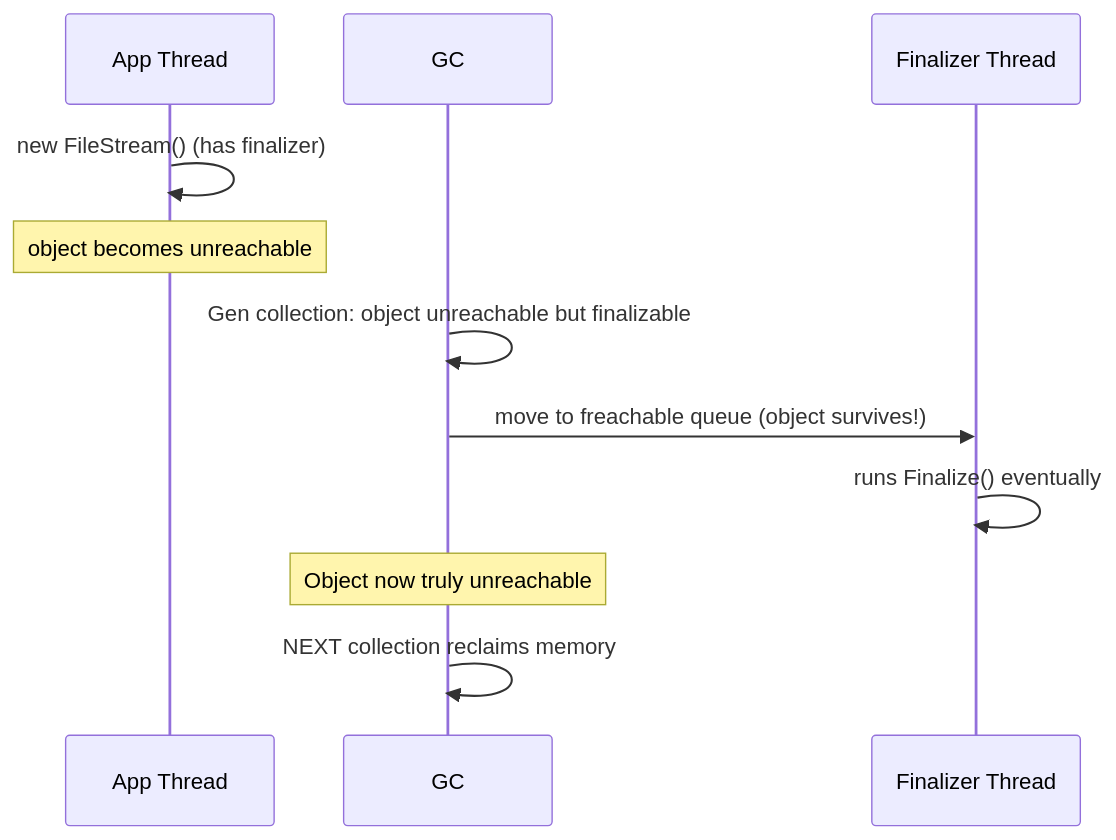
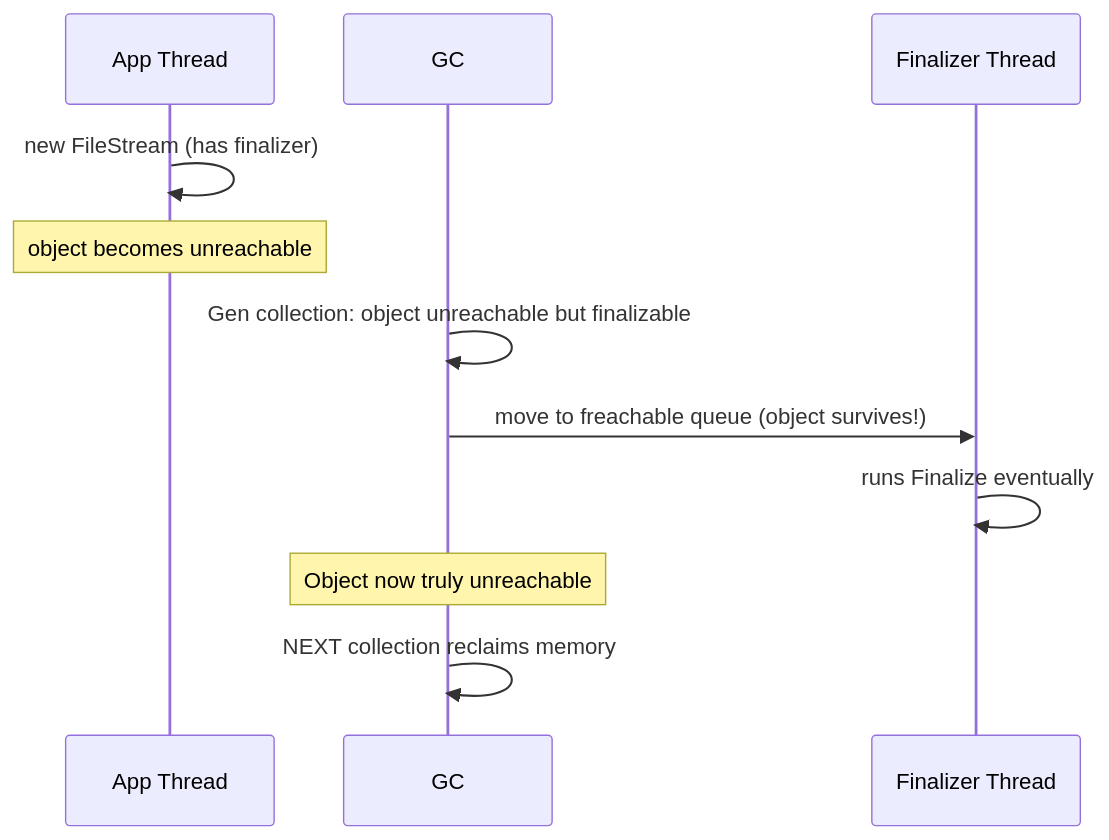
Before and after one commit to umashankarp/InterviewQuestions: the third of 6 diagrams in 01-CSharp/01-CLR-JIT-GC-Memory-Management.md, drawn with Mermaid. The commit also changed other lines of this file and 173 other files, not shown here.

````diff
--- a/01-CSharp/01-CLR-JIT-GC-Memory-Management.md
+++ b/01-CSharp/01-CLR-JIT-GC-Memory-Management.md
@@ -143,13 +143,13 @@
 ```mermaid
 sequenceDiagram
-    participant App as App Thread
-    participant GC as GC
-    participant Fin as Finalizer Thread
-    App->>App: new FileStream() (has finalizer)
-    Note over App: object becomes unreachable
-    GC->>GC: Gen collection: object unreachable but finalizable
-    GC->>Fin: move to freachable queue (object survives!)
-    Fin->>Fin: runs Finalize() eventually
-    Note over GC: Object now truly unreachable
-    GC->>GC: NEXT collection reclaims memory
+ participant App as App Thread
+ participant GC as GC
+ participant Fin as Finalizer Thread
+ App->>App: new FileStream (has finalizer)
+ Note over App: object becomes unreachable
+ GC->>GC: Gen collection: object unreachable but finalizable
+ GC->>Fin: move to freachable queue (object survives!)
+ Fin->>Fin: runs Finalize eventually
+ Note over GC: Object now truly unreachable
+ GC->>GC: NEXT collection reclaims memory
 ```
````
